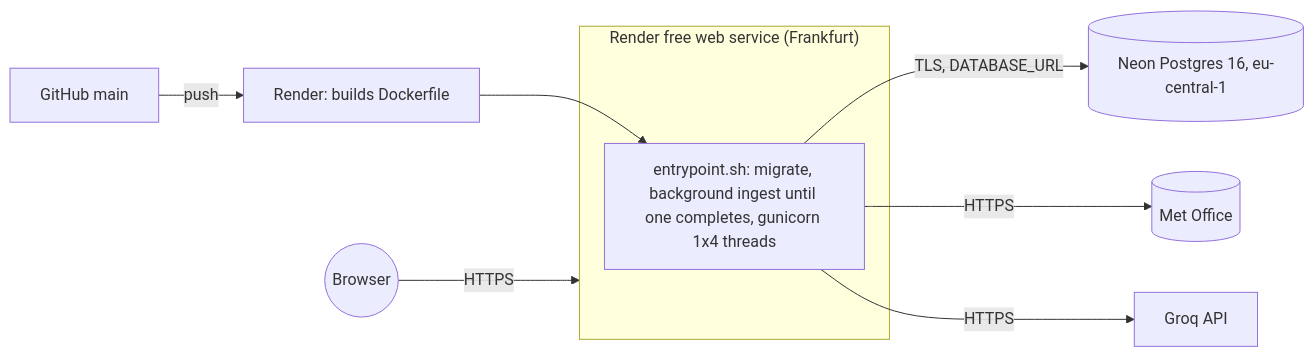
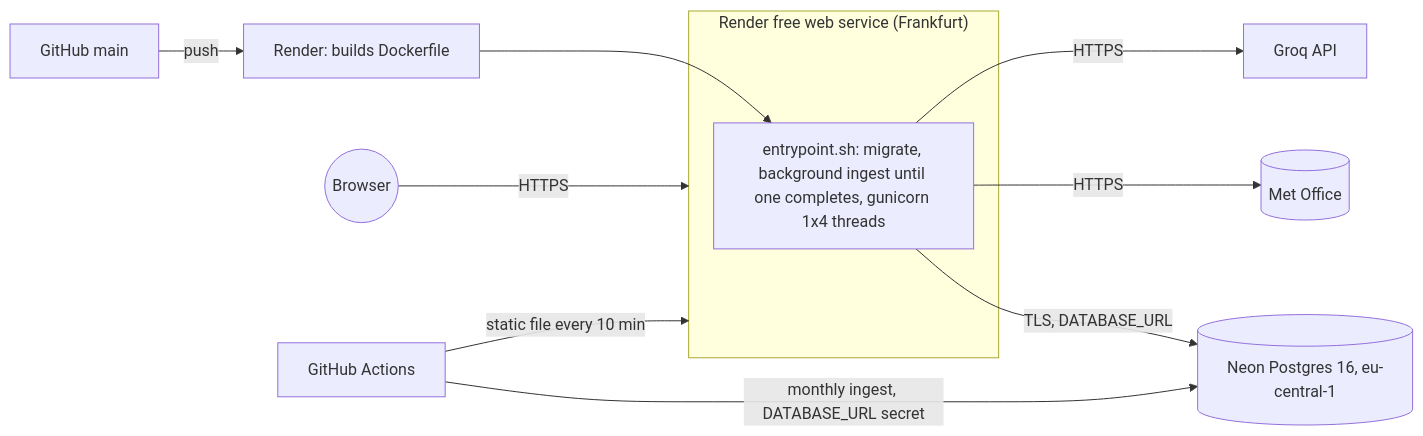
The sixth of 6 diagrams in docs/ARCHITECTURE.md (kumarswamyg2005/uk-climate-insights), drawn with Mermaid before and after one commit. The commit also changed other lines of this file and 2 other files, not shown here.

First line of the commit message:
docs: architecture, testing and walkthrough match the current system

````diff
--- a/docs/ARCHITECTURE.md
+++ b/docs/ARCHITECTURE.md
@@ -251,12 +256,14 @@
 ```mermaid
 flowchart LR
     GH[GitHub main] -->|push| R[Render: builds Dockerfile]
     subgraph Render["Render free web service (Frankfurt)"]
         E[entrypoint.sh: migrate, background ingest until one completes, gunicorn 1x4 threads]
     end
     R --> E
     E -->|TLS, DATABASE_URL| N[(Neon Postgres 16, eu-central-1)]
     E -->|HTTPS| MO[(Met Office)]
     E -->|HTTPS| G[Groq API]
     U((Browser)) -->|HTTPS| Render
+    A[GitHub Actions] -->|monthly ingest, DATABASE_URL secret| N
+    A -->|static file every 10 min| Render
 ```
````
